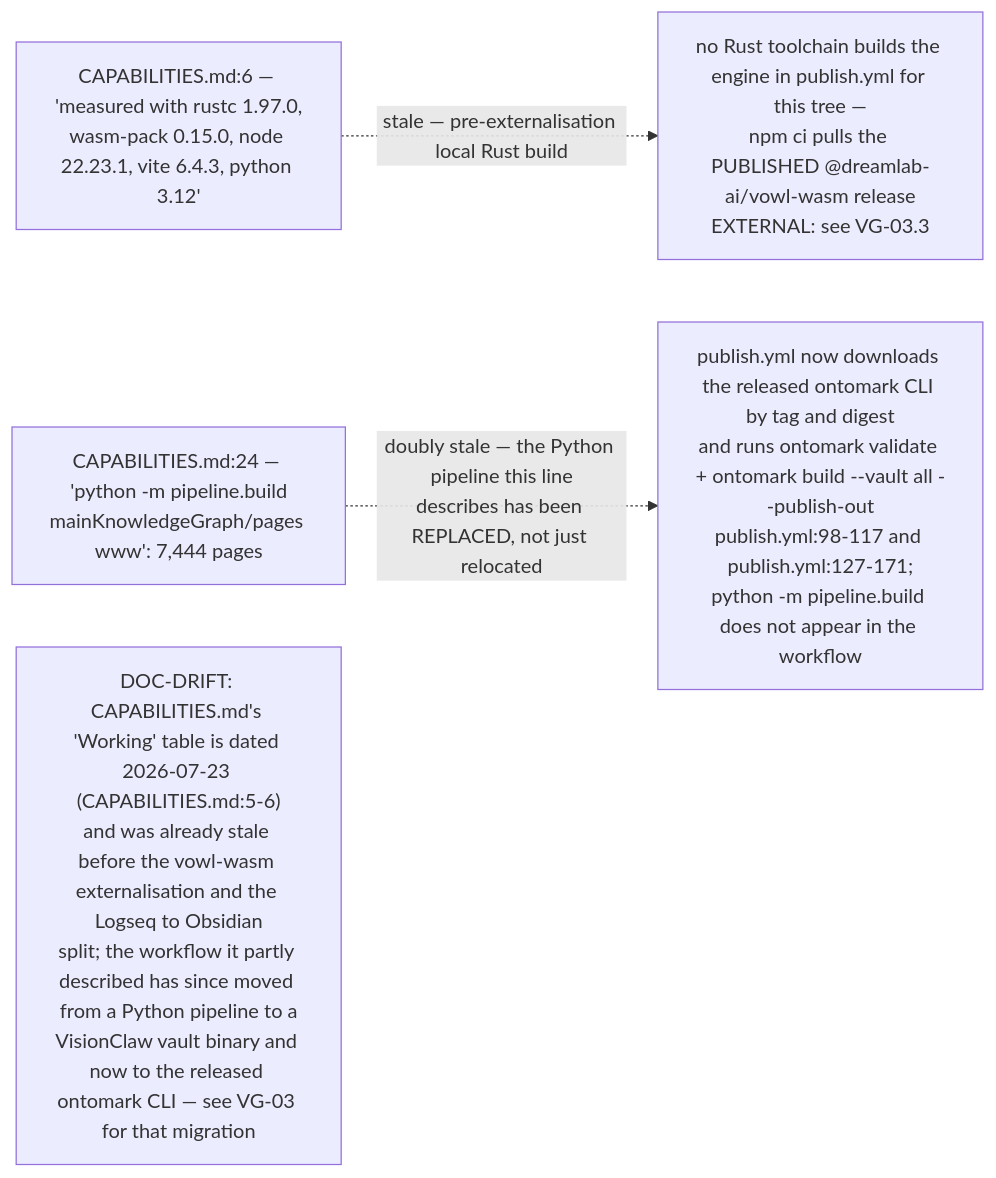
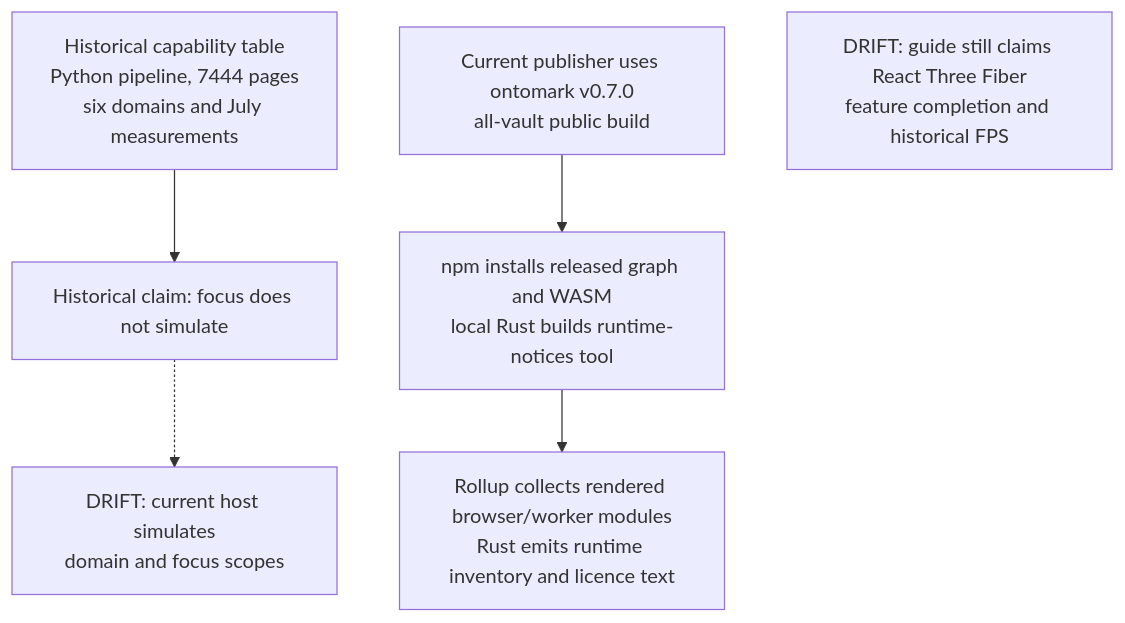
The third of 6 diagrams in docs/diagrams/visiongraph/06-shipping-explorer-duplication.md (DreamLab-AI/VisionFlow), drawn with Mermaid before and after one commit. The commit also changed other lines of this file and 28 other files, not shown here.

````diff
--- a/docs/diagrams/visiongraph/06-shipping-explorer-duplication.md
+++ b/docs/diagrams/visiongraph/06-shipping-explorer-duplication.md
@@ -62,10 +91,20 @@
 ```mermaid
-flowchart LR
-    TOOLCHAIN["CAPABILITIES.md:6 — 'measured with rustc 1.97.0,<br/>wasm-pack 0.15.0, node 22.23.1, vite 6.4.3, python 3.12'"]
-    NOTOOL["no Rust toolchain builds the engine in publish.yml for this tree —<br/>npm ci pulls the PUBLISHED @dreamlab-ai/vowl-wasm release<br/>EXTERNAL: see VG-03.3"]
-    PIPEPATH["CAPABILITIES.md:24 — 'python -m pipeline.build<br/>mainKnowledgeGraph/pages www': 7,444 pages"]
-    REALPATH["publish.yml now downloads the released ontomark CLI by tag and digest<br/>and runs ontomark validate + ontomark build --vault all --publish-out<br/>publish.yml:98-117 and publish.yml:127-171;<br/>python -m pipeline.build does not appear in the workflow"]
-    TOOLCHAIN -.->|"stale — pre-externalisation local Rust build"| NOTOOL
-    PIPEPATH -.->|"doubly stale — the Python pipeline this line<br/>describes has been REPLACED, not just relocated"| REALPATH
-    note1["DOC-DRIFT: CAPABILITIES.md's 'Working' table is dated 2026-07-23 #40;CAPABILITIES.md:5-6#41;<br/>and was already stale before the vowl-wasm externalisation and the Logseq to Obsidian<br/>split; the workflow it partly described has since moved from a Python pipeline to a<br/>VisionClaw vault binary and now to the released ontomark CLI — see VG-03 for that migration"]
+flowchart TB
+    %% Source: ../visionGraph/publishing-tools/WasmVOWL/CAPABILITIES.md:24
+    A["Historical capability table<br/>Python pipeline, 7444 pages<br/>six domains and July measurements"]
+    %% Source: ../visionGraph/publishing-tools/WasmVOWL/CAPABILITIES.md:50
+    A --> B["Historical claim: focus does not simulate"]
+    %% Source: ../visionGraph/publishing-tools/WasmVOWL/modern/src/components/Canvas/GraphCanvas.tsx:44
+    B -.-> C["DRIFT: current host simulates<br/>domain and focus scopes"]
+    %% Source: ../visionGraph/.github/workflows/publish.yml:48
+    %% Source: ../visionGraph/.github/workflows/publish.yml:175
+    D["Current publisher uses ontomark v0.7.0<br/>all-vault public build"]
+    %% Source: ../visionGraph/publishing-tools/WasmVOWL/modern/package.json:8
+    %% Source: ../visionGraph/publishing-tools/WasmVOWL/modern/package.json:24
+    D --> E["npm installs released graph and WASM<br/>local Rust builds runtime-notices tool"]
+    %% Source: ../visionGraph/publishing-tools/WasmVOWL/modern/build/runtimeNotices.ts:12
+    %% Source: ../visionGraph/publishing-tools/WasmVOWL/modern/build/runtimeNotices.ts:22
+    E --> F["Rollup collects rendered browser/worker modules<br/>Rust emits runtime inventory and licence text"]
+    %% Source: ../visionGraph/publishing-tools/WasmVOWL/CLAUDE.md:8
+    G["DRIFT: guide still claims React Three Fiber<br/>feature completion and historical FPS"]
 ```
````
